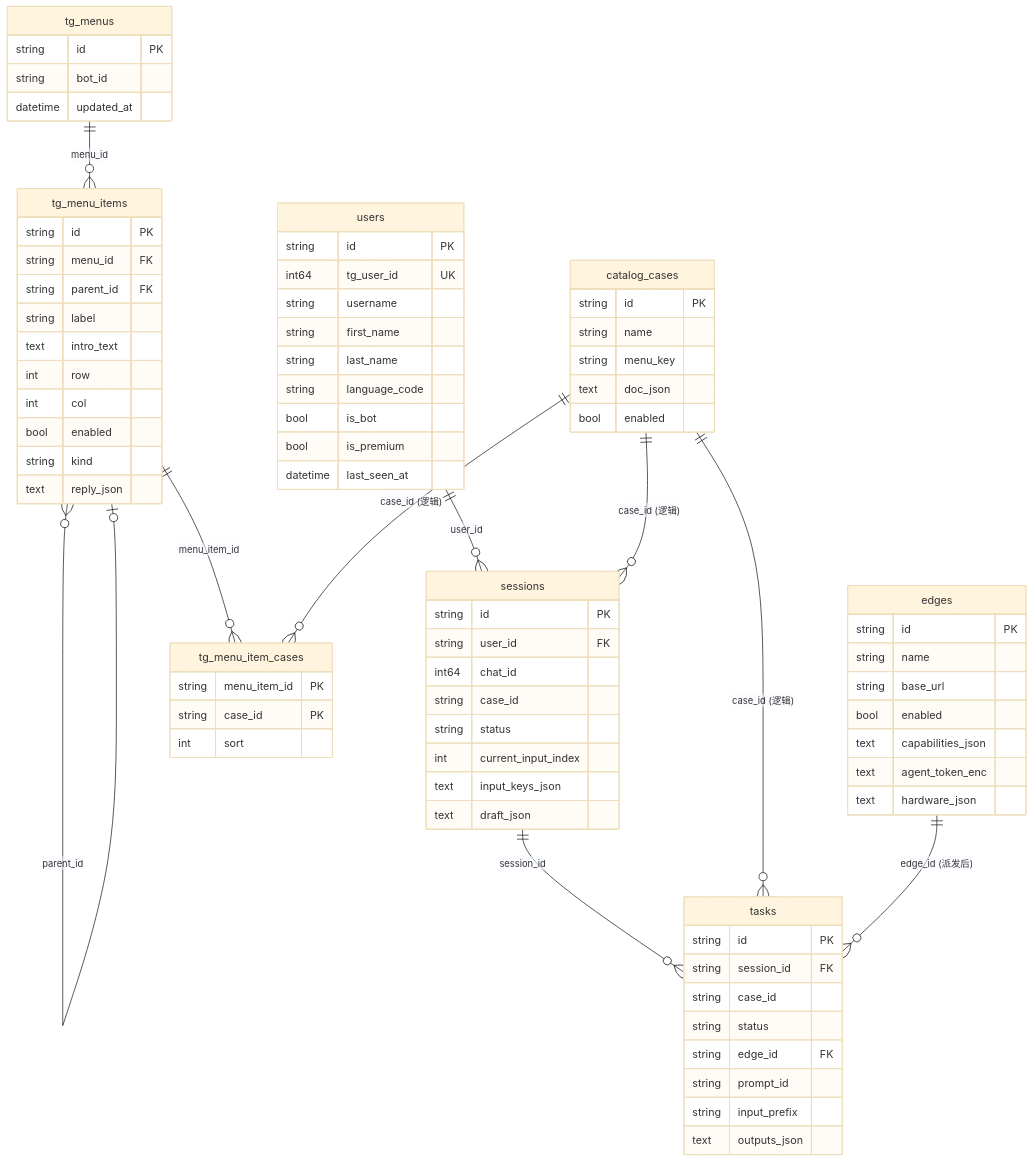
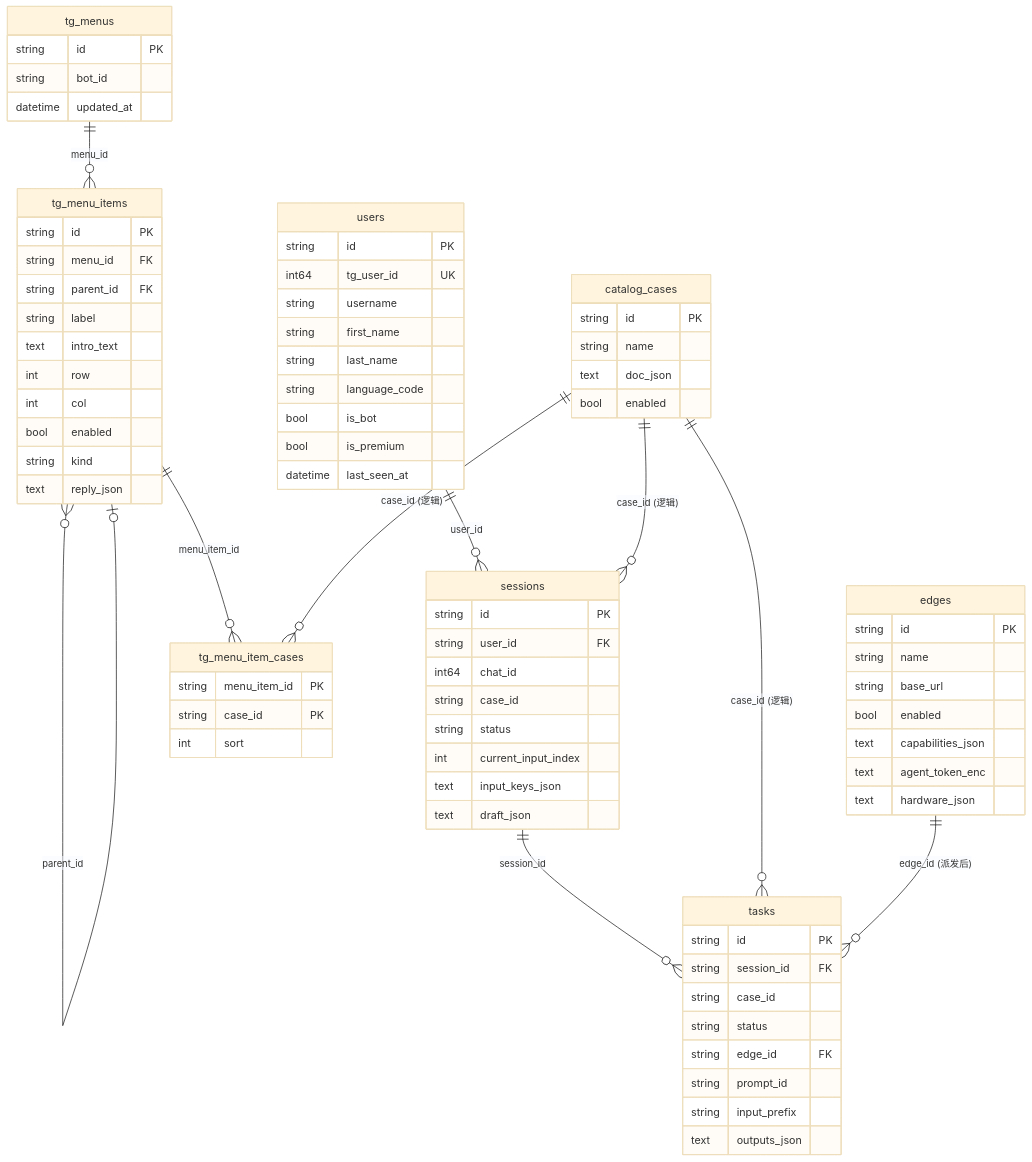
One commit to Mr9esx/Pixoma changed the first of 3 diagrams in docs/architecture/data-model.md. Above: the diagram before and after it, drawn with Mermaid (base theme). The commit also changed other lines of this file and 4 other files, not shown here.

Commit message:
docs(topic): sync architecture docs, config samples and fix date-sensitive metrics test

```diff
--- a/docs/architecture/data-model.md
+++ b/docs/architecture/data-model.md
@@ -288,7 +302,6 @@
   catalog_cases {
     string id PK
     string name
-    string menu_key
     text doc_json
     bool enabled
   }
```
